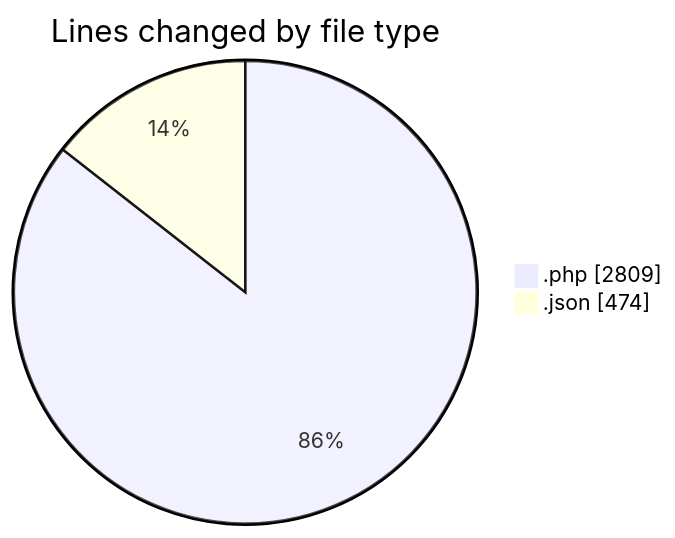
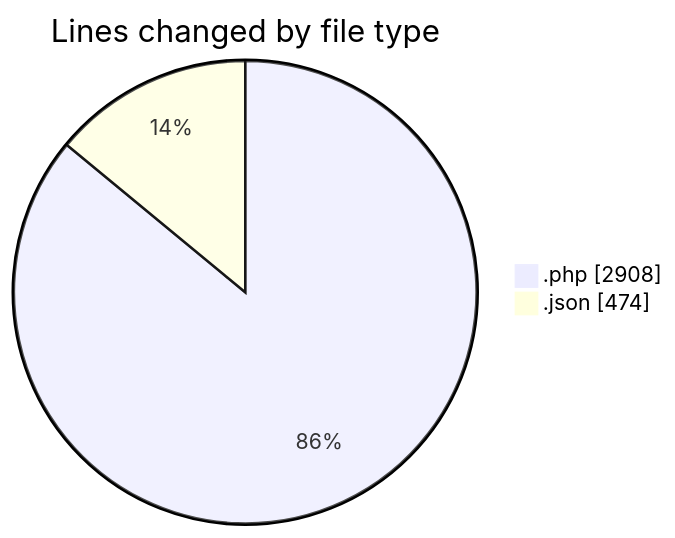
One commit to idhammustaqopulfikri/code-tracking changed the first of 2 diagrams in 2025-06-16/studio-backend/README.md. Above: the diagram before and after it, drawn with Mermaid. The commit also changed other lines of this file and 1 other file, not shown here.

````diff
--- a/2025-06-16/studio-backend/README.md
+++ b/2025-06-16/studio-backend/README.md
@@ -36,6 +36,6 @@
 ```mermaid
 pie showData
 title Lines changed by file type
-".php" : 2809
+".php" : 2908
 ".json" : 474
 ```
````
